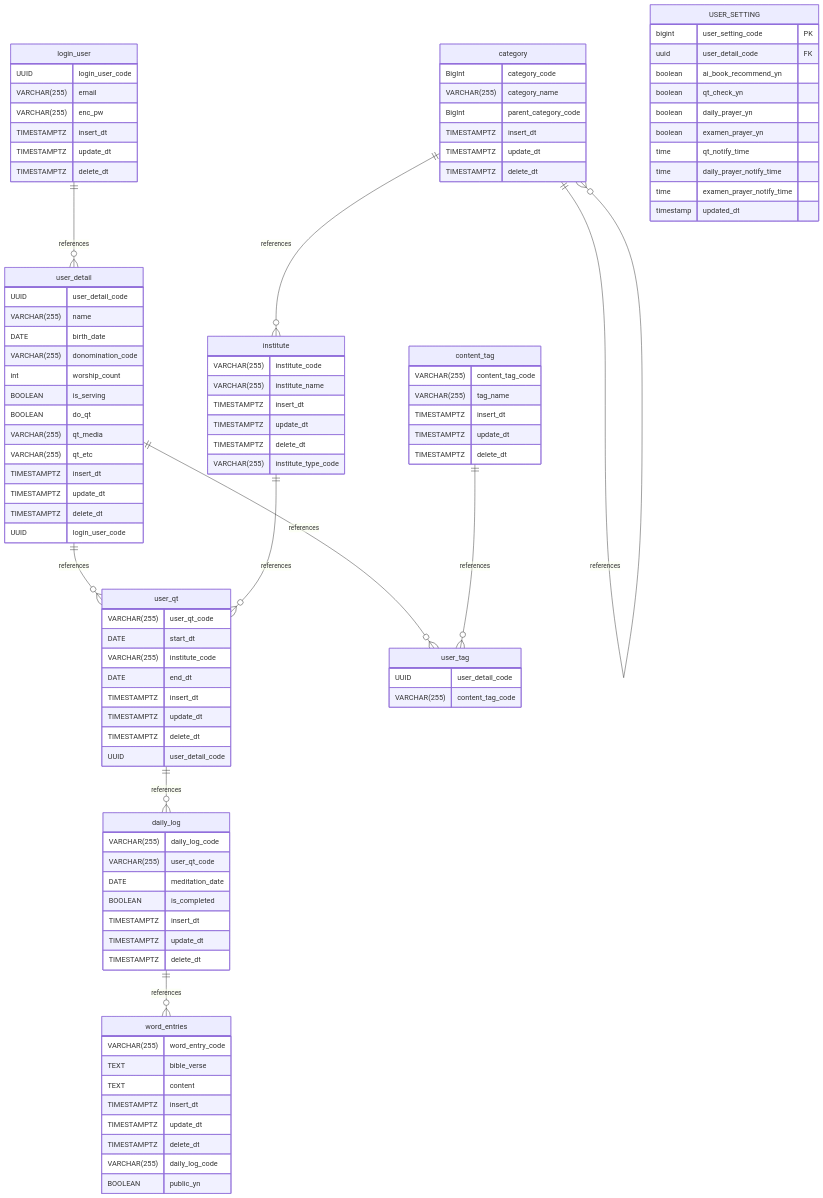
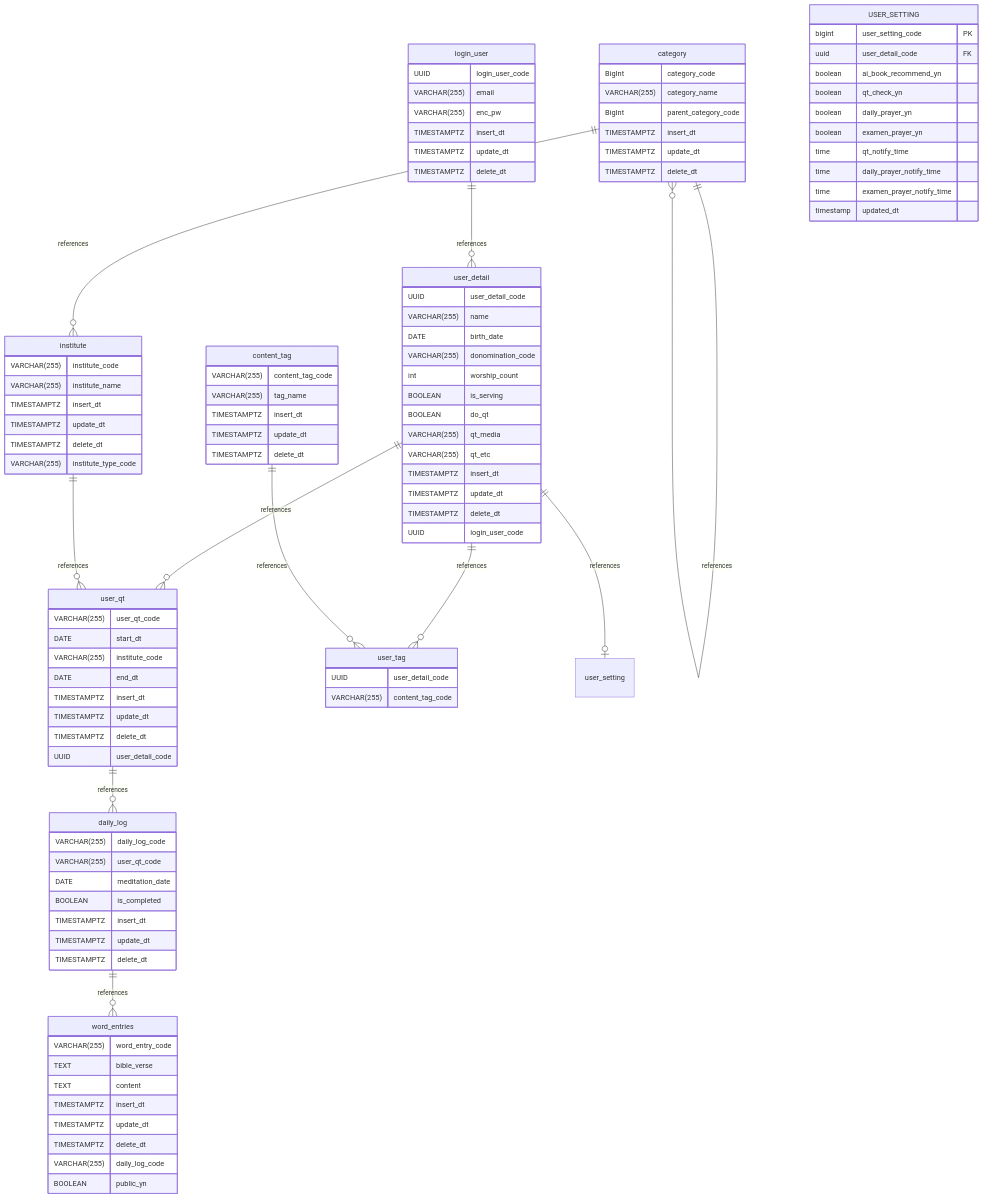
One commit to LinaShinDev/daily-word-log changed the diagram in README.md. Above: the diagram before and after it, drawn with Mermaid.

```diff
--- a/README.md
+++ b/README.md
@@ -37,7 +37,9 @@
 	daily_log ||--o{ word_entries : references
 	user_detail ||--o{ user_tag : references
 	content_tag ||--o{ user_tag : references
+	user_detail ||--o| user_setting : references
 
+	
 	login_user {
 		UUID login_user_code
 		VARCHAR(255) email
```
